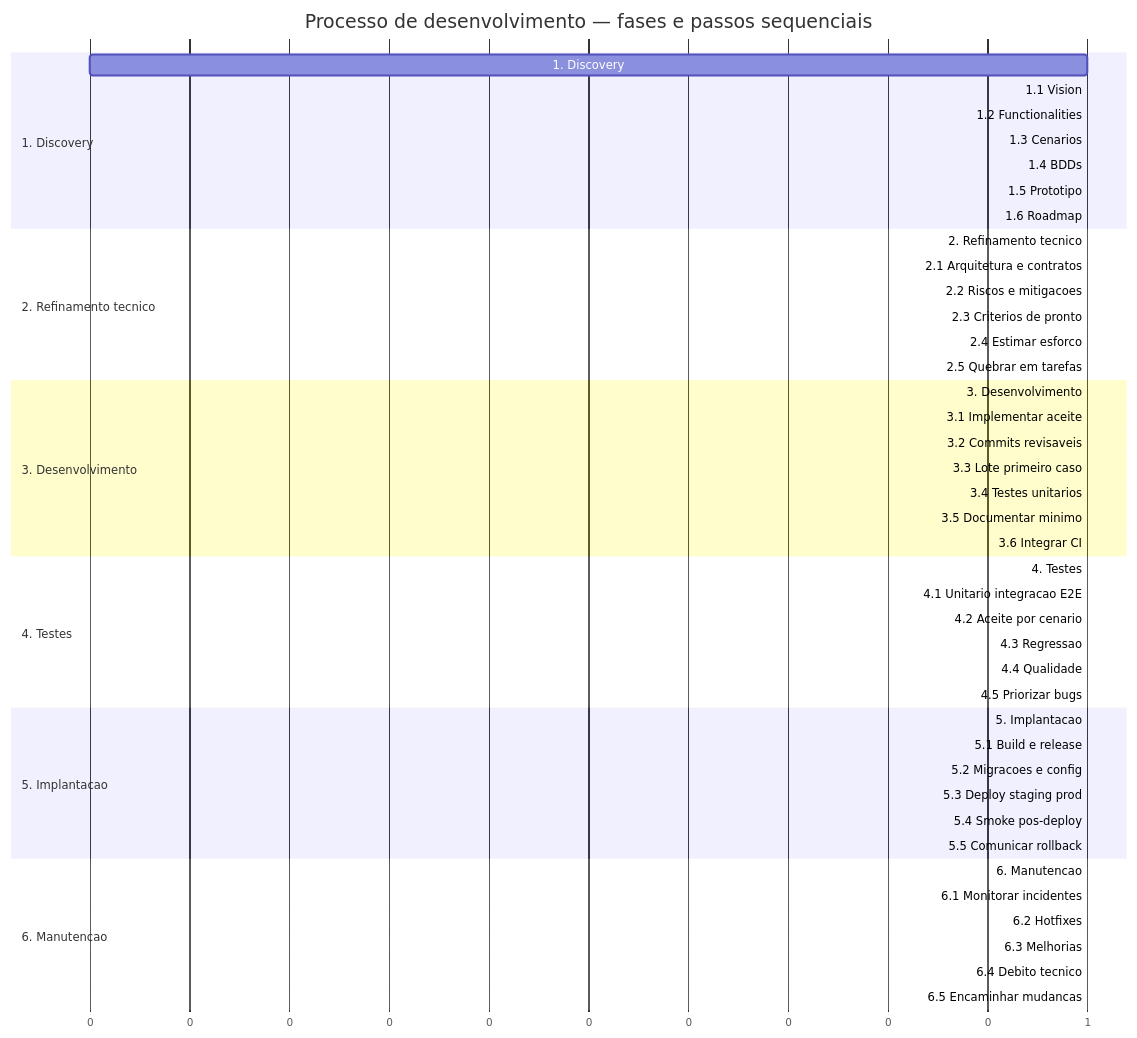
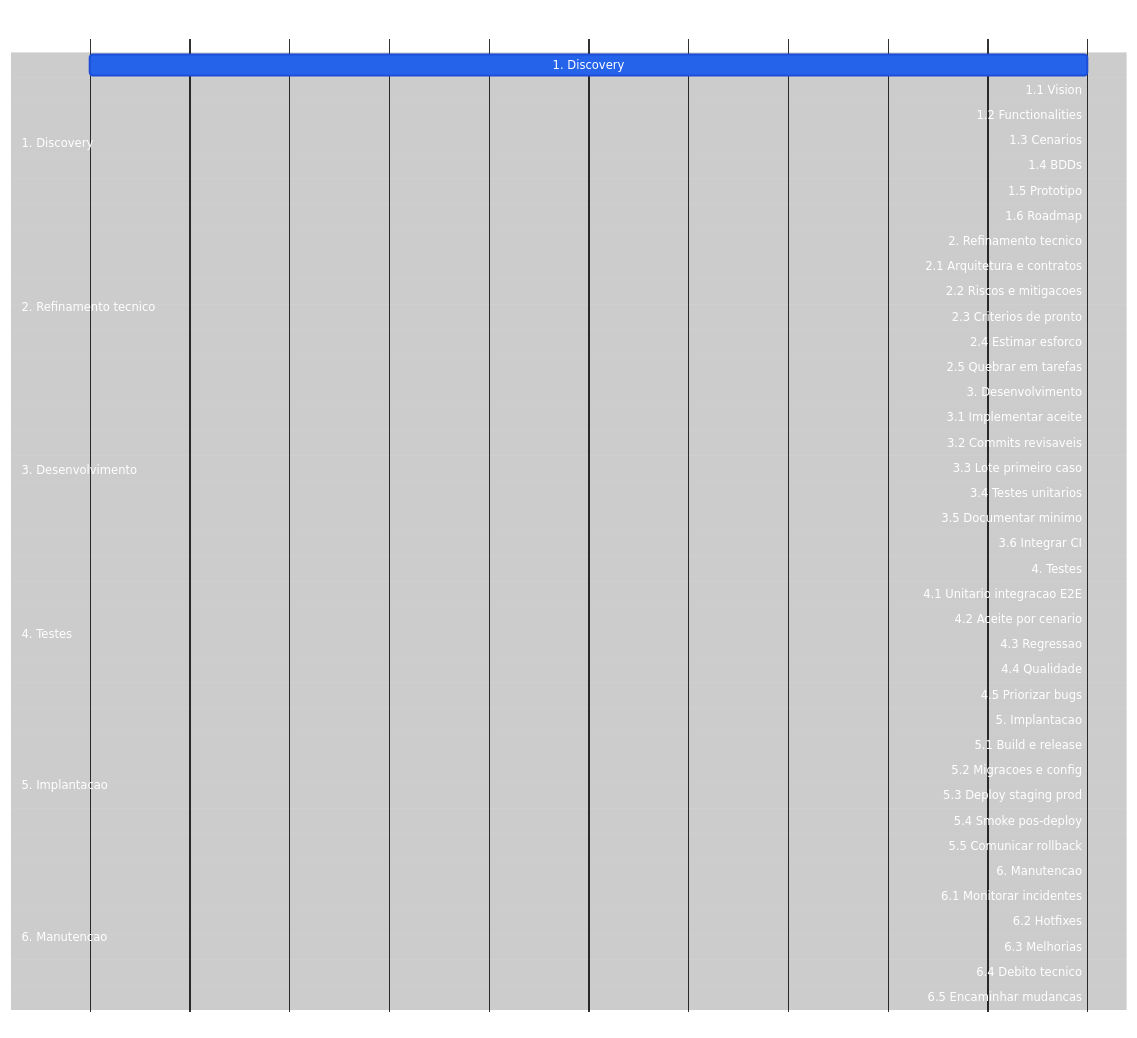
One commit to laerciogermano/workstation changed the first of 2 diagrams in core/processo/README.md. Above: the diagram before and after it, drawn with Mermaid. The commit also changed other lines of this file, not shown here.

Commit message:
Aplica no Gantt do processo o mesmo estilo visual do roadmap da Connect.
Fundo preto; fases em azul (:done); passos em cinza.

````diff
--- a/core/processo/README.md
+++ b/core/processo/README.md
@@ -76,11 +76,44 @@
 ```mermaid
+---
+config:
+  theme: base
+  themeVariables:
+    darkMode: true
+    background: '#000000'
+    primaryTextColor: '#ffffff'
+    secondaryTextColor: '#ffffff'
+    tertiaryTextColor: '#ffffff'
+    textColor: '#ffffff'
+    lineColor: '#333333'
+    mainBkg: '#000000'
+    secondaryColor: '#000000'
+    tertiaryColor: '#000000'
+    sectionBkgColor: '#000000'
+    sectionBkgColor2: '#000000'
+    altSectionBkgColor: '#000000'
+    gridColor: '#222222'
+    excludeBkgColor: '#000000'
+    todayLineColor: '#444444'
+    doneTaskBkgColor: '#2563eb'
+    doneTaskBorderColor: '#1d4ed8'
+    taskBkgColor: '#94a3b8'
+    taskBorderColor: '#64748b'
+    taskTextColor: '#ffffff'
+    taskTextDarkColor: '#ffffff'
+    taskTextLightColor: '#ffffff'
+    taskTextOutsideColor: '#ffffff'
+    critBkgColor: '#2563eb'
+    critBorderColor: '#1d4ed8'
+    activeTaskBkgColor: '#94a3b8'
+    activeTaskBorderColor: '#64748b'
+---
 gantt
   title Processo de desenvolvimento — fases e passos sequenciais
   dateFormat X
   axisFormat %s
 
   section 1. Discovery
-  1. Discovery                  :p1, 0, 1
+  1. Discovery                  :done, p1, 0, 1
   1.1 Vision                    :d11, after p1, 1
   1.2 Functionalities           :d12, after d11, 1
   1.3 Cenarios                  :d13, after d12, 1
@@ -89,7 +122,7 @@
   1.6 Roadmap                   :d16, after d15, 1
 
   section 2. Refinamento tecnico
-  2. Refinamento tecnico        :p2, after d16, 1
+  2. Refinamento tecnico        :done, p2, after d16, 1
   2.1 Arquitetura e contratos   :d21, after p2, 1
   2.2 Riscos e mitigacoes       :d22, after d21, 1
   2.3 Criterios de pronto       :d23, after d22, 1
@@ -97,7 +130,7 @@
   2.5 Quebrar em tarefas        :d25, after d24, 1
 
   section 3. Desenvolvimento
-  3. Desenvolvimento            :p3, after d25, 1
+  3. Desenvolvimento            :done, p3, after d25, 1
   3.1 Implementar aceite        :d31, after p3, 1
   3.2 Commits revisaveis        :d32, after d31, 1
   3.3 Lote primeiro caso        :d33, after d32, 1
@@ -106,7 +139,7 @@
   3.6 Integrar CI               :d36, after d35, 1
 
   section 4. Testes
-  4. Testes                     :p4, after d36, 1
+  4. Testes                     :done, p4, after d36, 1
   4.1 Unitario integracao E2E   :d41, after p4, 1
   4.2 Aceite por cenario        :d42, after d41, 1
   4.3 Regressao                 :d43, after d42, 1
@@ -114,7 +147,7 @@
   4.5 Priorizar bugs            :d45, after d44, 1
 
   section 5. Implantacao
-  5. Implantacao                :p5, after d45, 1
+  5. Implantacao                :done, p5, after d45, 1
   5.1 Build e release           :d51, after p5, 1
   5.2 Migracoes e config        :d52, after d51, 1
   5.3 Deploy staging prod       :d53, after d52, 1
@@ -122,7 +155,7 @@
   5.5 Comunicar rollback        :d55, after d54, 1
 
   section 6. Manutencao
-  6. Manutencao                 :p6, after d55, 1
+  6. Manutencao                 :done, p6, after d55, 1
   6.1 Monitorar incidentes      :d61, after p6, 1
   6.2 Hotfixes                  :d62, after d61, 1
   6.3 Melhorias                 :d63, after d62, 1
````
